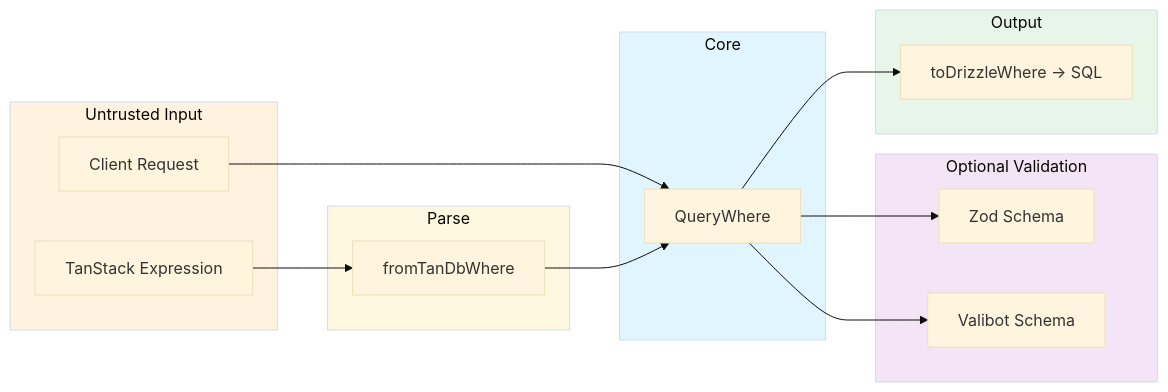
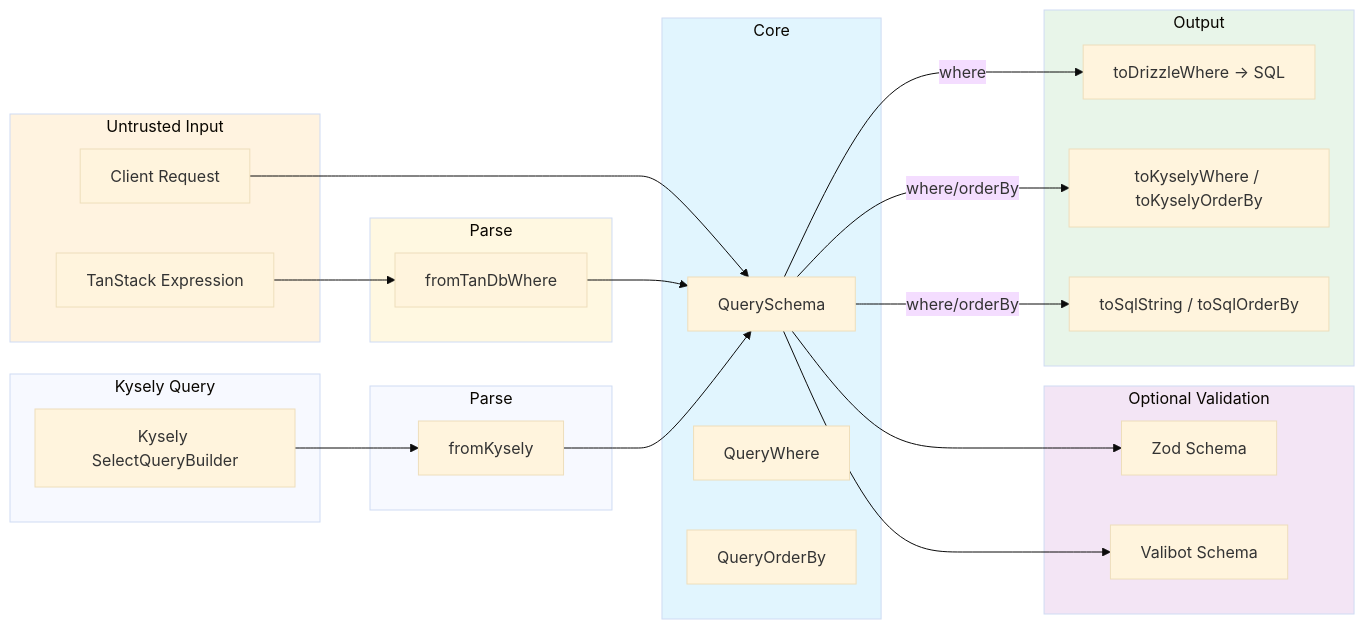
One commit to Nahida-aa/agnostic-query changed the second of 3 diagrams in README.md. Above: the diagram before and after it, drawn with Mermaid (base theme). The commit also changed other lines of this file and 9 other files, not shown here.

Commit message:
feat: 更新 README，增强 Kysely 适配器支持，添加 SQL 结果类型定义，优化测试用例

````diff
--- a/README.md
+++ b/README.md
@@ -27,36 +33,51 @@
 ```mermaid
 flowchart LR
     subgraph Input["Untrusted Input"]
         client[Client Request]
         tanstack_expr[TanStack Expression]
     end
 
     subgraph Parse["Parse"]
         tanparse["fromTanDbWhere"]
     end
 
     subgraph Validate["Optional Validation"]
         zod[Zod Schema]
         valibot[Valibot Schema]
     end
 
     subgraph Core["Core"]
+        qs[QuerySchema]
         qw[QueryWhere]
+        qob[QueryOrderBy]
     end
 
     subgraph Output["Output"]
         drizzle["toDrizzleWhere → SQL"]
+        kysely_out["toKyselyWhere / toKyselyOrderBy"]
+        sql_out["toSqlString / toSqlOrderBy"]
     end
 
-    client --> qw
-    qw --> zod
-    qw --> valibot
-    tanstack_expr --> tanparse --> qw
-    qw --> drizzle
+    subgraph Input2["Kysely Query"]
+        kysely_ast[Kysely SelectQueryBuilder]
+    end
+
+    subgraph Parse2["Parse"]
+        kysely_parse["fromKysely"]
+    end
+
+    client --> qs
+    qs --> zod
+    qs --> valibot
+    tanstack_expr --> tanparse --> qs
+    qs -- where --> drizzle
+    qs -- where/orderBy --> kysely_out
+    qs -- where/orderBy --> sql_out
+    kysely_ast --> kysely_parse --> qs
 
     style Input fill:#fff3e0
     style Parse fill:#fff8e1
     style Validate fill:#f3e5f5
     style Core fill:#e1f5fe
     style Output fill:#e8f5e9
 ```
````
